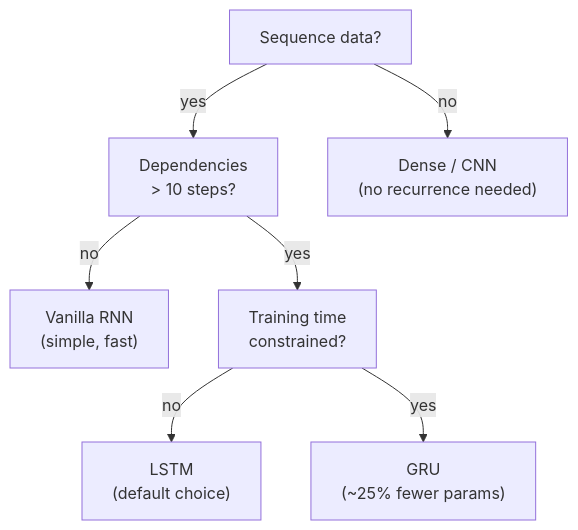
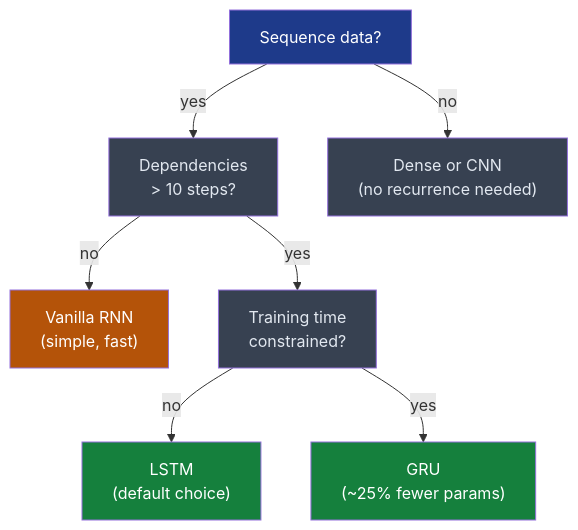
Before and after one commit to deepakshamsft/ai-portfolio: the third of 4 diagrams in notes/01-ml/03_neural_networks/ch06_rnns_lstms/README.md, drawn with Mermaid. The commit also changed other lines of this file and 727 other files, not shown here.

````diff
--- a/notes/01-ml/03_neural_networks/ch06_rnns_lstms/README.md
+++ b/notes/01-ml/03_neural_networks/ch06_rnns_lstms/README.md
@@ -350,9 +408,17 @@
 ```mermaid
 flowchart TD
- A["Sequence data?"] -->|yes| B["Dependencies\n> 10 steps?"]
- B -->|no| C["Vanilla RNN\n(simple, fast)"]
- B -->|yes| D["Training time\nconstrained?"]
- D -->|no| E["LSTM\n(default choice)"]
- D -->|yes| F["GRU\n(~25% fewer params)"]
- A -->|no| G["Dense / CNN\n(no recurrence needed)"]
+    A["Sequence data?"] -->|yes| B["Dependencies\n> 10 steps?"]
+    B -->|no| C["Vanilla RNN\n(simple, fast)"]
+    B -->|yes| D["Training time\nconstrained?"]
+    D -->|no| E["LSTM\n(default choice)"]
+    D -->|yes| F["GRU\n(~25% fewer params)"]
+    A -->|no| G["Dense or CNN\n(no recurrence needed)"]
+
+    style A fill:#1e3a8a,color:#fff
+    style C fill:#b45309,color:#fff
+    style E fill:#15803d,color:#fff
+    style F fill:#15803d,color:#fff
+    style G fill:#374151,color:#e2e8f0
+    style B fill:#374151,color:#e2e8f0
+    style D fill:#374151,color:#e2e8f0
 ```
````
